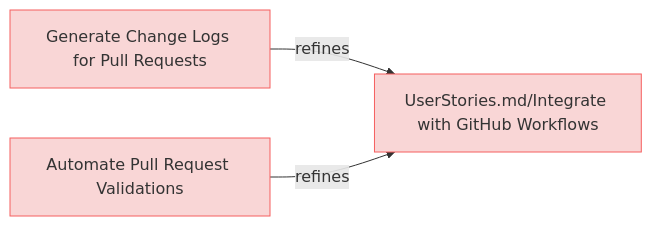
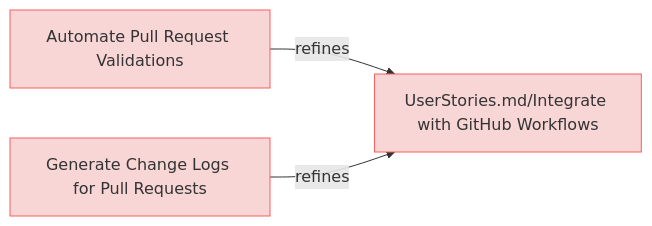
The fourth of 9 diagrams in specifications/UserRequirements.md (reqvire-org/reqvire), drawn with Mermaid before and after one commit. The commit also changed other lines of this file and 160 other files, not shown here.

````diff
--- a/specifications/UserRequirements.md
+++ b/specifications/UserRequirements.md
@@ -329,20 +329,20 @@
 ```mermaid
 graph LR;
   %% Graph styling
   classDef requirement fill:#f9d6d6,stroke:#f55f5f,stroke-width:1px;
   classDef verification fill:#d6f9d6,stroke:#5fd75f,stroke-width:1px;
   classDef externalLink fill:#d0e0ff,stroke:#3080ff,stroke-width:1px;
   classDef default fill:#f5f5f5,stroke:#333333,stroke-width:1px;
 
-  c09147d42d82485["Generate Change Logs for Pull Requests"];
-  click c09147d42d82485 "https://github.com/ilijaljubicic/ReqFlow/blob/73d5ae1d93adea71fdf4cc508be4d1ae09be068f/specifications/UserRequirements.md#generate-change-logs-for-pull-requests";
-  class c09147d42d82485 requirement;
-  8edc9736fd751490["UserStories.md/Integrate with GitHub Workflows"];
-  class 8edc9736fd751490 requirement;
-  click 8edc9736fd751490 "https://github.com/ilijaljubicic/ReqFlow/blob/73d5ae1d93adea71fdf4cc508be4d1ae09be068f/specifications/UserStories.md#integrate-with-github-workflows";
-  c09147d42d82485 -->|refines| 8edc9736fd751490;
-  9f72b91320c287ce["Automate Pull Request Validations"];
-  click 9f72b91320c287ce "https://github.com/ilijaljubicic/ReqFlow/blob/73d5ae1d93adea71fdf4cc508be4d1ae09be068f/specifications/UserRequirements.md#automate-pull-request-validations";
-  class 9f72b91320c287ce requirement;
-  9f72b91320c287ce -->|refines| 8edc9736fd751490;
+  323a6281f4383168["Automate Pull Request Validations"];
+  click 323a6281f4383168 "https://github.com/ilijaljubicic/Reqvire/blob/8a68ca1eab81bac7964085e47777a0a92447c6a5/specifications/UserRequirements.md#automate-pull-request-validations";
+  class 323a6281f4383168 requirement;
+  dfb5ca2ca89e0152["UserStories.md/Integrate with GitHub Workflows"];
+  class dfb5ca2ca89e0152 requirement;
+  click dfb5ca2ca89e0152 "https://github.com/ilijaljubicic/Reqvire/blob/8a68ca1eab81bac7964085e47777a0a92447c6a5/specifications/UserStories.md#integrate-with-github-workflows";
+  323a6281f4383168 -->|refines| dfb5ca2ca89e0152;
+  da2937c66e26572c["Generate Change Logs for Pull Requests"];
+  click da2937c66e26572c "https://github.com/ilijaljubicic/Reqvire/blob/8a68ca1eab81bac7964085e47777a0a92447c6a5/specifications/UserRequirements.md#generate-change-logs-for-pull-requests";
+  class da2937c66e26572c requirement;
+  da2937c66e26572c -->|refines| dfb5ca2ca89e0152;
 ```
````
